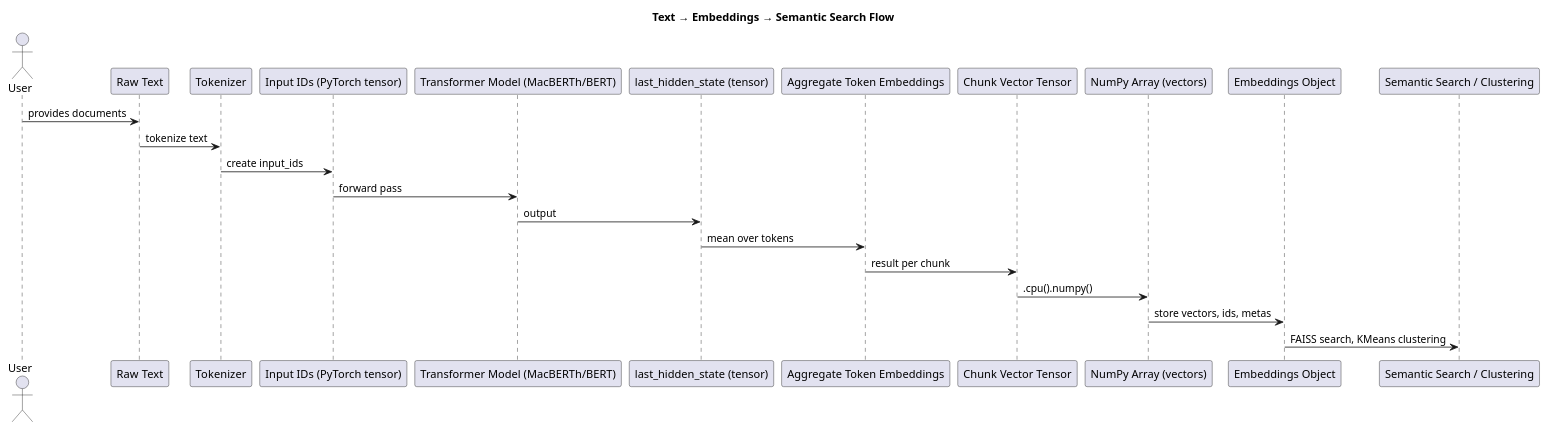
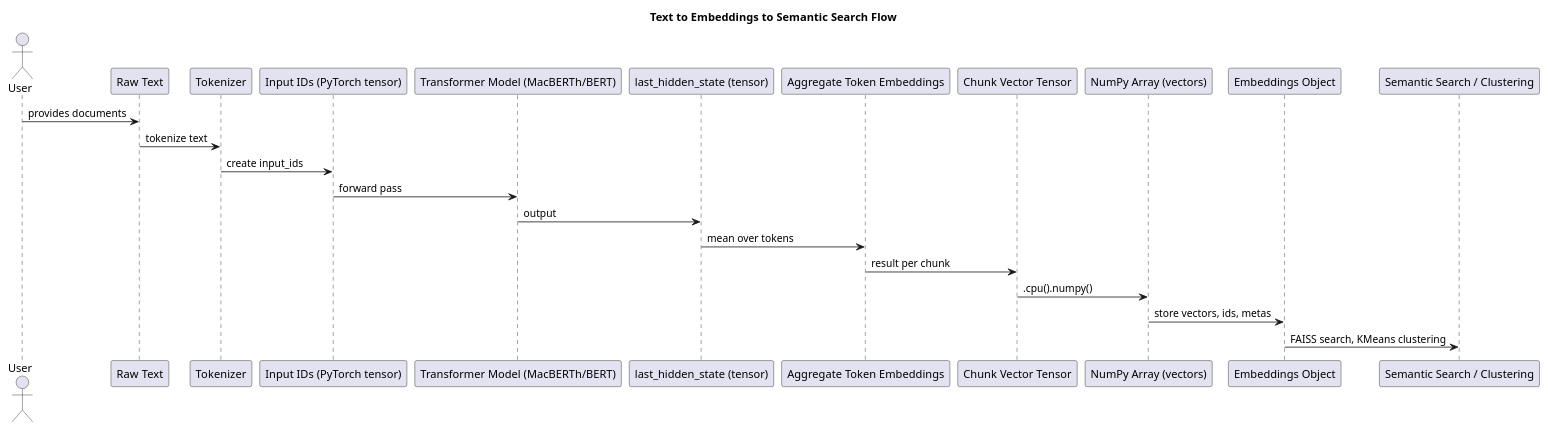
One commit to leegee/mutatis-mutandis changed the diagram in docs/uml/tensor-flow.puml. Above: the diagram before and after it, drawn with PlantUML. The commit also changed 12 other files, not shown here.

```diff
--- a/docs/uml/tensor-flow.puml
+++ b/docs/uml/tensor-flow.puml
@@ -1,17 +1,17 @@
 @startuml
-title Text → Embeddings → Semantic Search Flow
+title Text to Embeddings to Semantic Search Flow
 
 actor User
 
 User -> "Raw Text" : provides documents
 "Raw Text" -> "Tokenizer" : tokenize text
 "Tokenizer" -> "Input IDs (PyTorch tensor)" : create input_ids
 "Input IDs (PyTorch tensor)" -> "Transformer Model (MacBERTh/BERT)" : forward pass
 "Transformer Model (MacBERTh/BERT)" -> "last_hidden_state (tensor)" : output
 "last_hidden_state (tensor)" -> "Aggregate Token Embeddings" : mean over tokens
 "Aggregate Token Embeddings" -> "Chunk Vector Tensor" : result per chunk
 "Chunk Vector Tensor" -> "NumPy Array (vectors)" : .cpu().numpy()
 "NumPy Array (vectors)" -> "Embeddings Object" : store vectors, ids, metas
 "Embeddings Object" -> "Semantic Search / Clustering" : FAISS search, KMeans clustering
 
 @enduml
```
